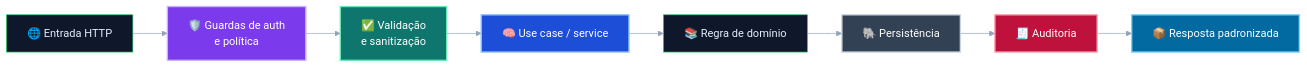
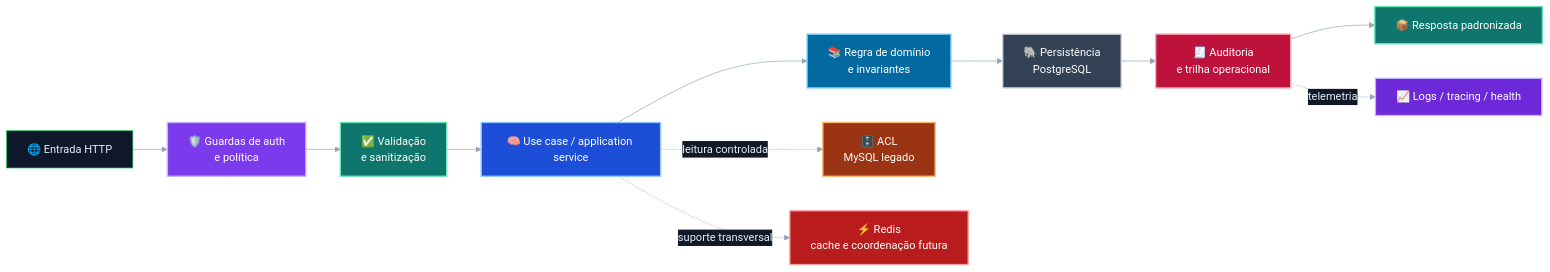
The fifth of 8 diagrams in README.md (matheusdiamantino-betalent/IA), drawn with Mermaid before and after one commit. The commit also changed other lines of this file, not shown here.

````diff
--- a/README.md
+++ b/README.md
@@ -685,31 +717,46 @@
 ```mermaid
 %%{init: {
   "theme": "base",
   "themeVariables": {
     "background": "#07111d",
     "primaryColor": "#0f172a",
     "primaryTextColor": "#e5eefb",
     "primaryBorderColor": "#22c55e",
     "secondaryColor": "#111827",
     "secondaryTextColor": "#e5eefb",
     "tertiaryColor": "#0b1220",
     "tertiaryTextColor": "#e5eefb",
     "lineColor": "#94a3b8"
   }
 }}%%
 flowchart LR
-    A["🌐 Entrada HTTP"] --> B["🛡️ Guardas de auth\ne política"]
-    B --> C["✅ Validação\ne sanitização"]
-    C --> D["🧠 Use case / service"]
-    D --> E["📚 Regra de domínio"]
-    E --> F["🐘 Persistência"]
-    F --> G["🧾 Auditoria"]
+    A["🌐 Entrada HTTP"] --> B["🛡️ Guardas de auth
+e política"]
+    B --> C["✅ Validação
+e sanitização"]
+    C --> D["🧠 Use case / application service"]
+    D --> E["📚 Regra de domínio
+e invariantes"]
+    E --> F["🐘 Persistência
+PostgreSQL"]
+    F --> G["🧾 Auditoria
+e trilha operacional"]
     G --> H["📦 Resposta padronizada"]
+
+    D -. leitura controlada .-> I["🗄️ ACL
+MySQL legado"]
+    D -. suporte transversal .-> J["⚡ Redis
+cache e coordenação futura"]
+    G -. telemetria .-> K["📈 Logs / tracing / health"]
 
     style B fill:#7c3aed,stroke:#c4b5fd,stroke-width:2px,color:#ffffff
     style C fill:#0f766e,stroke:#6ee7b7,stroke-width:2px,color:#ffffff
     style D fill:#1d4ed8,stroke:#93c5fd,stroke-width:2px,color:#ffffff
+    style E fill:#0369a1,stroke:#7dd3fc,stroke-width:2px,color:#ffffff
     style F fill:#334155,stroke:#cbd5e1,stroke-width:2px,color:#ffffff
     style G fill:#be123c,stroke:#fda4af,stroke-width:2px,color:#ffffff
-    style H fill:#0369a1,stroke:#7dd3fc,stroke-width:2px,color:#ffffff
+    style H fill:#0f766e,stroke:#6ee7b7,stroke-width:2px,color:#ffffff
+    style I fill:#9a3412,stroke:#fdba74,stroke-width:2px,color:#ffffff
+    style J fill:#b91c1c,stroke:#fca5a5,stroke-width:2px,color:#ffffff
+    style K fill:#6d28d9,stroke:#c4b5fd,stroke-width:2px,color:#ffffff
 ```
````
